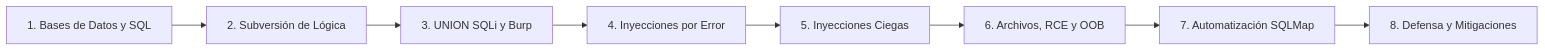
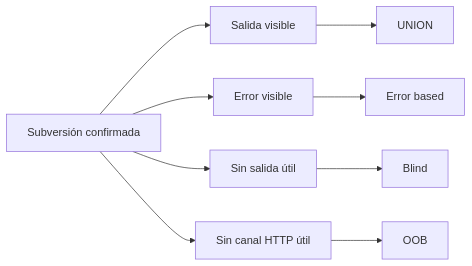
One commit to purpesec/Cybersecurity-For-Beginners changed the second of 2 diagrams in pentesting-web/02-sql-injection/README.md. Above: the diagram before and after it, drawn with Mermaid. The commit also changed other lines of this file and 8 other files, not shown here.

````diff
--- a/pentesting-web/02-sql-injection/README.md
+++ b/pentesting-web/02-sql-injection/README.md
@@ -14,10 +44,11 @@
 ```mermaid
 flowchart LR
-    A["1. Bases de Datos y SQL"] --> B["2. Subversión de Lógica"]
-    B --> C["3. UNION SQLi y Burp"]
-    C --> D["4. Inyecciones por Error"]
-    D --> E["5. Inyecciones Ciegas"]
-    E --> F["6. Archivos, RCE y OOB"]
-    F --> G["7. Automatización SQLMap"]
-    G --> H["8. Defensa y Mitigaciones"]
+    A[Subversión confirmada] --> B[Salida visible]
+    A --> C[Error visible]
+    A --> D[Sin salida útil]
+    A --> E[Sin canal HTTP útil]
+    B --> F[UNION]
+    C --> G[Error based]
+    D --> H[Blind]
+    E --> I[OOB]
 ```
````
